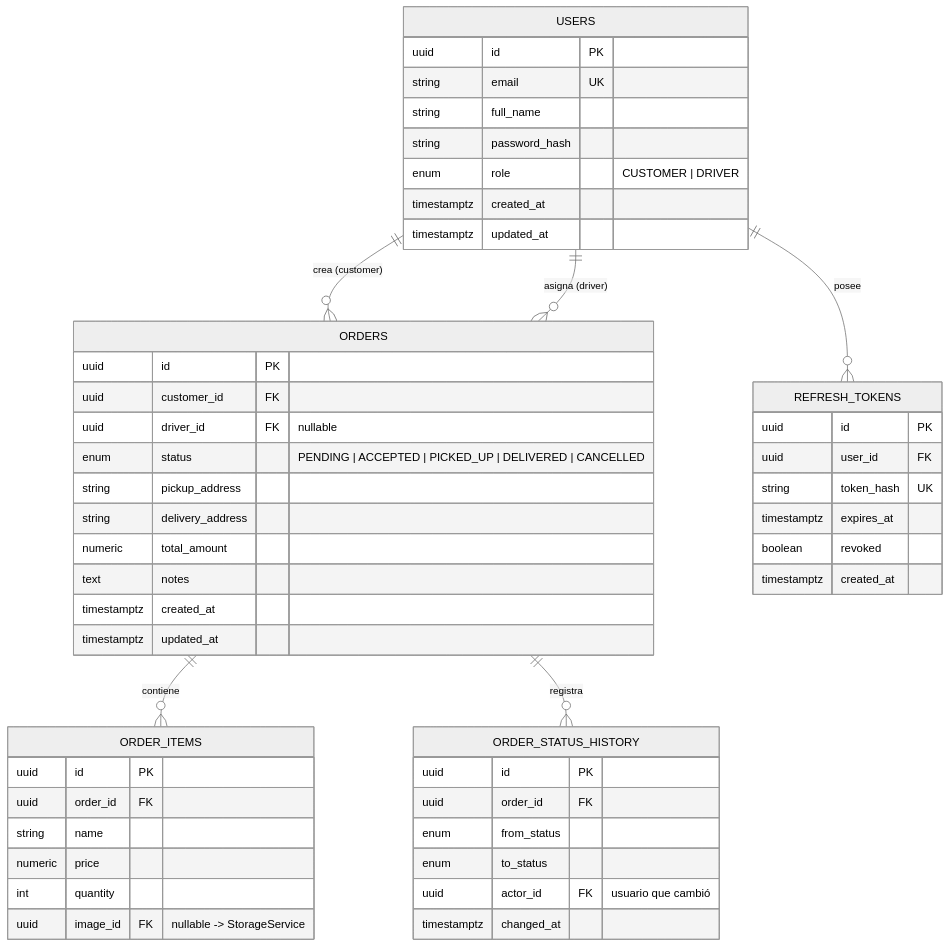
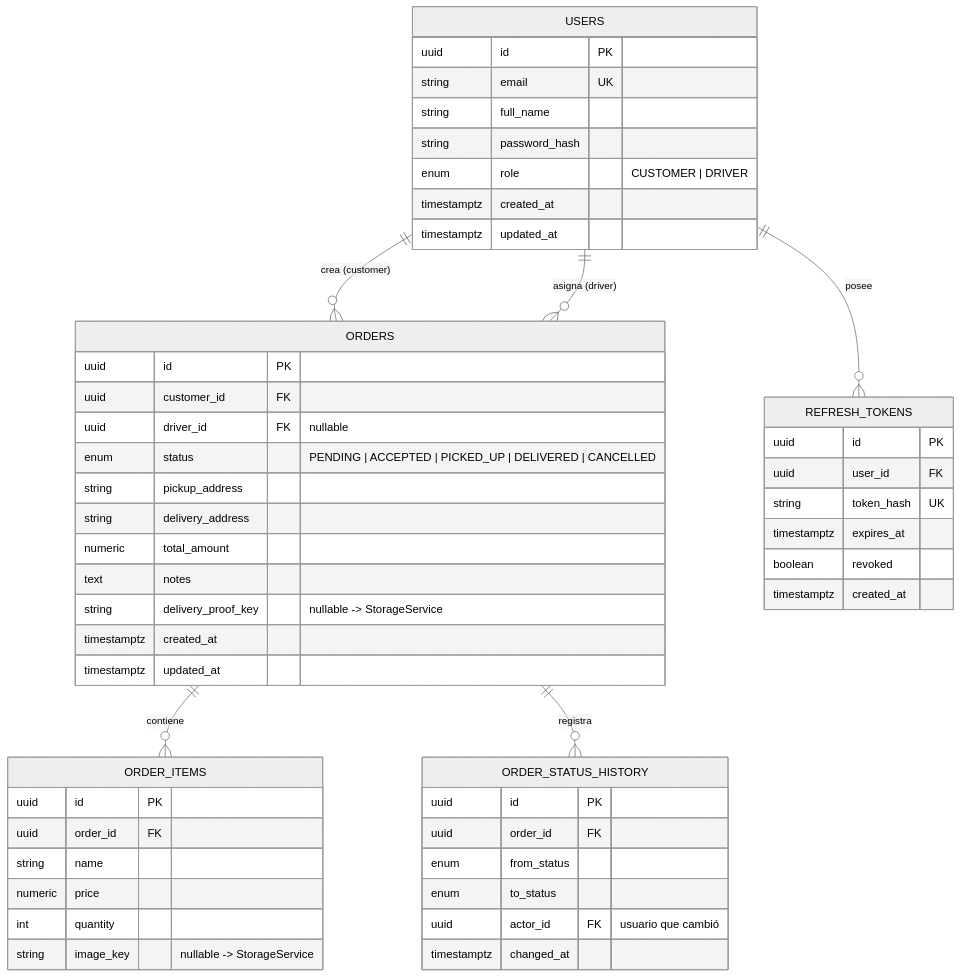
Before and after one commit to carlosjmarq/Prueba-Tecnica-Imagine: the diagram in docs/20 Tecnico/Modelo de datos.md, drawn with Mermaid (neutral theme). The commit also changed other lines of this file and 7 other files, not shown here.

````diff
--- a/docs/20 Tecnico/Modelo de datos.md
+++ b/docs/20 Tecnico/Modelo de datos.md
@@ -13,54 +13,55 @@
 ```mermaid
 erDiagram
     USERS ||--o{ ORDERS : "crea (customer)"
     USERS ||--o{ ORDERS : "asigna (driver)"
     ORDERS ||--o{ ORDER_ITEMS : "contiene"
     USERS ||--o{ REFRESH_TOKENS : "posee"
     ORDERS ||--o{ ORDER_STATUS_HISTORY : "registra"
 
     USERS {
         uuid id PK
         string email UK
         string full_name
         string password_hash
         enum role "CUSTOMER | DRIVER"
         timestamptz created_at
         timestamptz updated_at
     }
     ORDERS {
         uuid id PK
         uuid customer_id FK
         uuid driver_id FK "nullable"
         enum status "PENDING | ACCEPTED | PICKED_UP | DELIVERED | CANCELLED"
         string pickup_address
         string delivery_address
         numeric total_amount
         text notes
+        string delivery_proof_key "nullable -> StorageService"
         timestamptz created_at
         timestamptz updated_at
     }
     ORDER_ITEMS {
         uuid id PK
         uuid order_id FK
         string name
         numeric price
         int quantity
-        uuid image_id FK "nullable -> StorageService"
+        string image_key "nullable -> StorageService"
     }
     ORDER_STATUS_HISTORY {
         uuid id PK
         uuid order_id FK
         enum from_status
         enum to_status
         uuid actor_id FK "usuario que cambió"
         timestamptz changed_at
     }
     REFRESH_TOKENS {
         uuid id PK
         uuid user_id FK
         string token_hash UK
         timestamptz expires_at
         boolean revoked
         timestamptz created_at
     }
 ```
````
